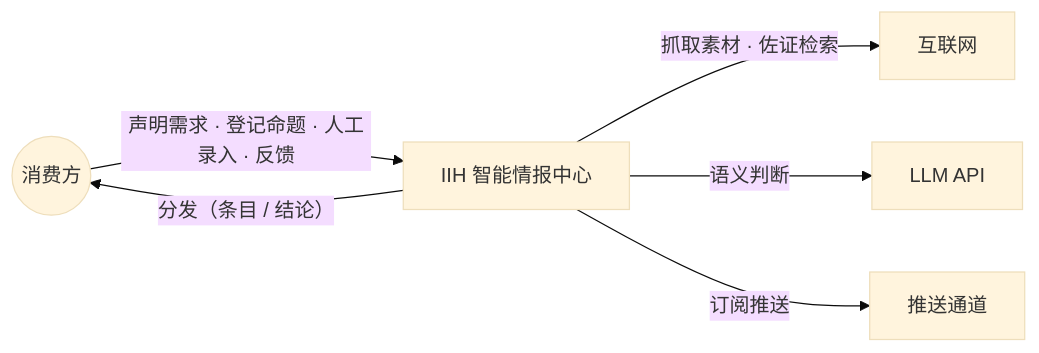
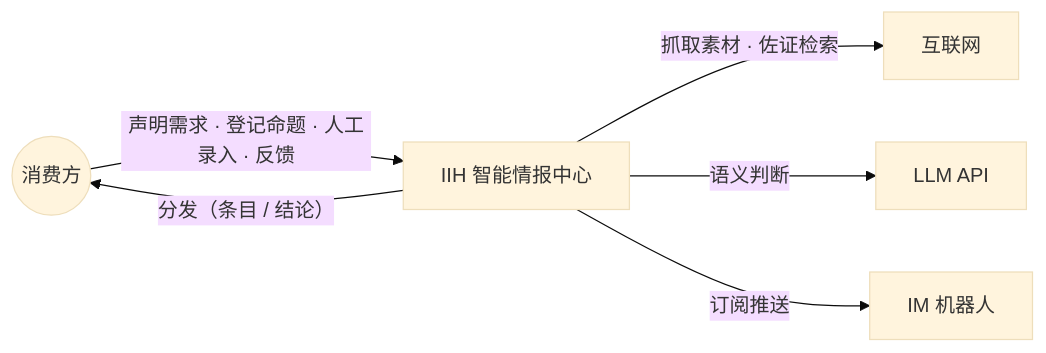
The first of 3 diagrams in backlog/docs/doc-05 - 架构-Architecture.md (leoricmaster/iih), drawn with Mermaid (base theme) before and after one commit. The commit also changed other lines of this file and 8 other files, not shown here.

````diff
--- a/backlog/docs/doc-05 - 架构-Architecture.md
+++ b/backlog/docs/doc-05 - 架构-Architecture.md
@@ -28,14 +28,14 @@
 ```mermaid
 flowchart LR
     U((消费方))
     IIH[IIH 智能情报中心]
     WEB[互联网]
     LLM[LLM API]
-    PUSH[推送通道]
+    PUSH[IM 机器人]
 
     U -->|声明需求 · 登记命题 · 人工录入 · 反馈| IIH
     IIH -->|分发（条目 / 结论）| U
     IIH -->|抓取素材 · 佐证检索| WEB
     IIH -->|语义判断| LLM
     IIH -->|订阅推送| PUSH
 ```
````
